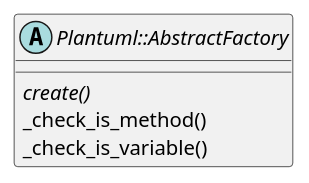
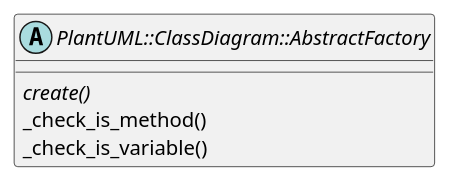
The diagram in t/fixture/abstract_class.pu (Kesin11/plantuml_class_digram_parse), drawn with PlantUML before and after one commit. The commit also changed 18 other files, not shown here.

```diff
--- a/t/fixture/abstract_class.pu
+++ b/t/fixture/abstract_class.pu
@@ -1,5 +1,5 @@
-abstract class Plantuml::AbstractFactory {
+abstract class PlantUML::ClassDiagram::AbstractFactory {
   {abstract} create()
   _check_is_method()
   _check_is_variable()
 }
```
